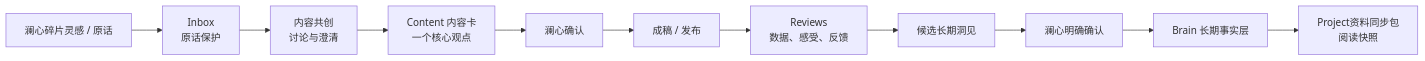
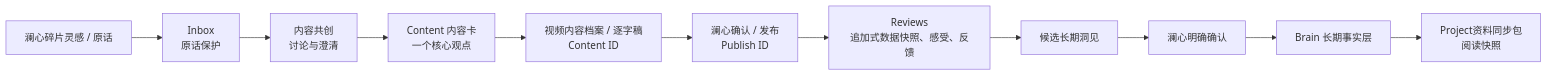
One commit to lanxichen4134-bit/001- changed the diagram in 澜心内容Brain/Docs/SYSTEM_MAP.md. Above: the diagram before and after it, drawn with Mermaid. The commit also changed other lines of this file and 15 other files, not shown here.

```diff
--- a/澜心内容Brain/Docs/SYSTEM_MAP.md
+++ b/澜心内容Brain/Docs/SYSTEM_MAP.md
@@ -9,13 +9,13 @@
 ~~~mermaid
 flowchart LR
   A["澜心碎片灵感 / 原话"] --> B["Inbox<br/>原话保护"]
   B --> C["内容共创<br/>讨论与澄清"]
   C --> D["Content 内容卡<br/>一个核心观点"]
-  D --> E["澜心确认"]
-  E --> F["成稿 / 发布"]
-  F --> G["Reviews<br/>数据、感受、反馈"]
+  D --> E["视频内容档案 / 逐字稿<br/>Content ID"]
+  E --> F["澜心确认 / 发布<br/>Publish ID"]
+  F --> G["Reviews<br/>追加式数据快照、感受、反馈"]
   G --> H["候选长期洞见"]
   H --> I["澜心明确确认"]
   I --> J["Brain 长期事实层"]
   J --> K["Project资料同步包<br/>阅读快照"]
 ~~~
```
